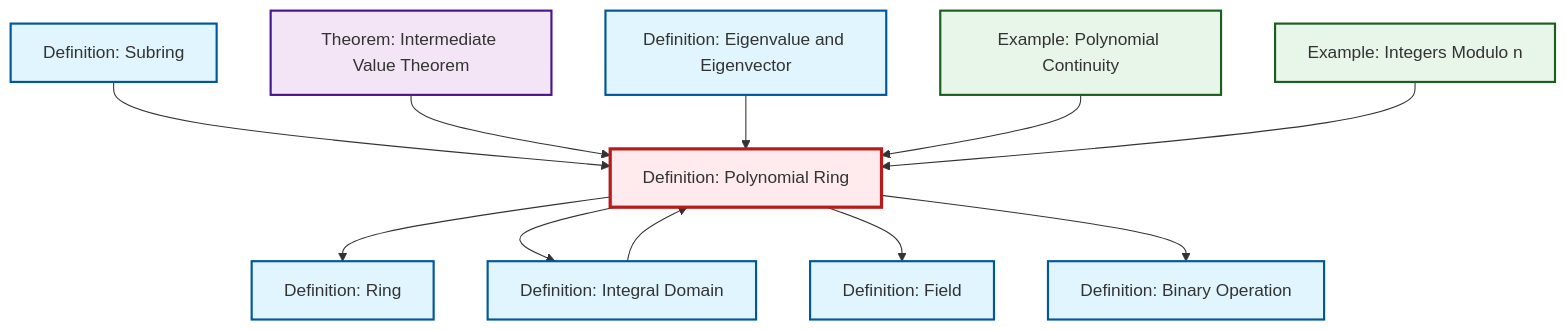
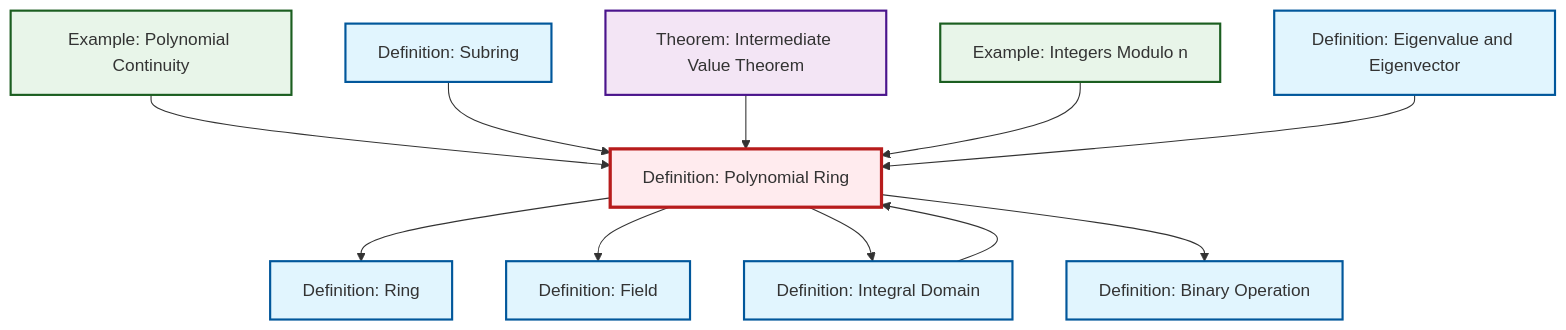
Before and after one commit to RK0429/ModernMath: the diagram in content/en/algebra/def-polynomial-ring.qmd, drawn with Mermaid. The commit also changed other lines of this file and 1069 other files, not shown here.

````diff
--- a/content/en/algebra/def-polynomial-ring.qmd
+++ b/content/en/algebra/def-polynomial-ring.qmd
@@ -94,39 +94,39 @@
 ```{mermaid}
 %%| fig-cap: "Local dependency graph"
 graph TD
     classDef definition fill:#e1f5fe,stroke:#01579b,stroke-width:2px
     classDef theorem fill:#f3e5f5,stroke:#4a148c,stroke-width:2px
     classDef axiom fill:#fff3e0,stroke:#e65100,stroke-width:2px
     classDef example fill:#e8f5e9,stroke:#1b5e20,stroke-width:2px
     classDef current fill:#ffebee,stroke:#b71c1c,stroke-width:3px
+    def-polynomial-ring["Definition: Polynomial Ring"]:::definition
     ex-polynomial-continuity["Example: Polynomial Continuity"]:::example
-    def-polynomial-ring["Definition: Polynomial Ring"]:::definition
-    def-field["Definition: Field"]:::definition
     thm-intermediate-value["Theorem: Intermediate Value Theorem"]:::theorem
     def-eigenvalue-eigenvector["Definition: Eigenvalue and Eigenvector"]:::definition
-    def-ring["Definition: Ring"]:::definition
+    def-field["Definition: Field"]:::definition
     def-binary-operation["Definition: Binary Operation"]:::definition
     def-integral-domain["Definition: Integral Domain"]:::definition
+    def-ring["Definition: Ring"]:::definition
+    ex-quotient-integers-mod-n["Example: Integers Modulo n"]:::example
     def-subring["Definition: Subring"]:::definition
-    ex-quotient-integers-mod-n["Example: Integers Modulo n"]:::example
     def-polynomial-ring --> def-ring
+    def-polynomial-ring --> def-field
+    ex-polynomial-continuity --> def-polynomial-ring
+    def-polynomial-ring --> def-integral-domain
     def-subring --> def-polynomial-ring
-    def-polynomial-ring --> def-integral-domain
     thm-intermediate-value --> def-polynomial-ring
-    def-polynomial-ring --> def-field
     def-integral-domain --> def-polynomial-ring
+    def-polynomial-ring --> def-binary-operation
+    ex-quotient-integers-mod-n --> def-polynomial-ring
     def-eigenvalue-eigenvector --> def-polynomial-ring
-    ex-polynomial-continuity --> def-polynomial-ring
-    ex-quotient-integers-mod-n --> def-polynomial-ring
-    def-polynomial-ring --> def-binary-operation
     class def-polynomial-ring current
     click ex-polynomial-continuity "ex-polynomial-continuity.html" "Go to Polynomial Continuity example"
-    click def-field "def-field.html" "Go to Field definition"
     click thm-intermediate-value "thm-intermediate-value.html" "Go to Intermediate Value Theorem theorem"
     click def-eigenvalue-eigenvector "def-eigenvalue-eigenvector.html" "Go to Eigenvalue and Eigenvector definition"
-    click def-ring "def-ring.html" "Go to Ring definition"
+    click def-field "def-field.html" "Go to Field definition"
     click def-binary-operation "def-binary-operation.html" "Go to Binary Operation definition"
     click def-integral-domain "def-integral-domain.html" "Go to Integral Domain definition"
+    click def-ring "def-ring.html" "Go to Ring definition"
+    click ex-quotient-integers-mod-n "ex-quotient-integers-mod-n.html" "Go to Integers Modulo n example"
     click def-subring "def-subring.html" "Go to Subring definition"
-    click ex-quotient-integers-mod-n "ex-quotient-integers-mod-n.html" "Go to Integers Modulo n example"
 ```
````
